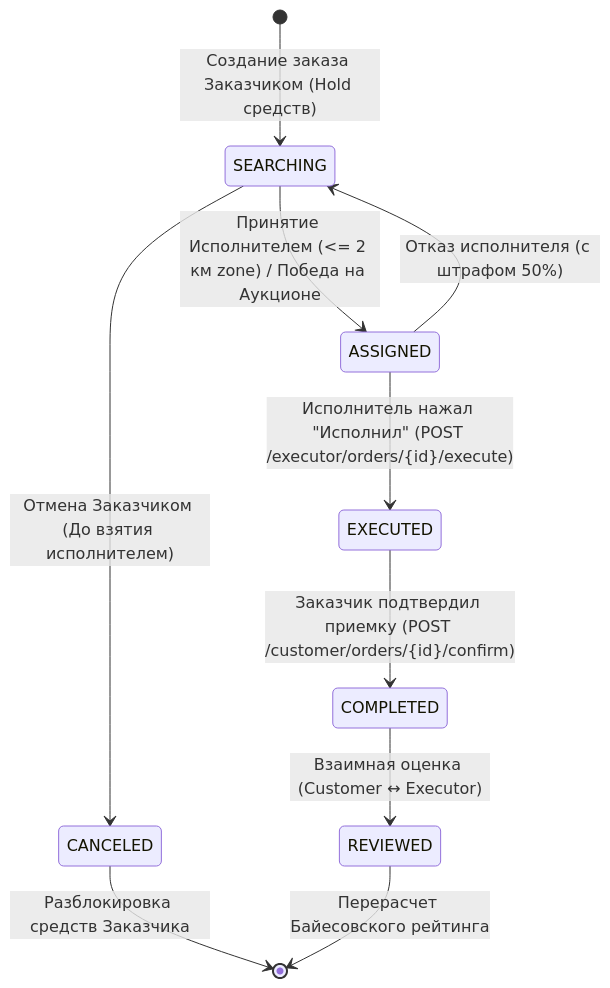
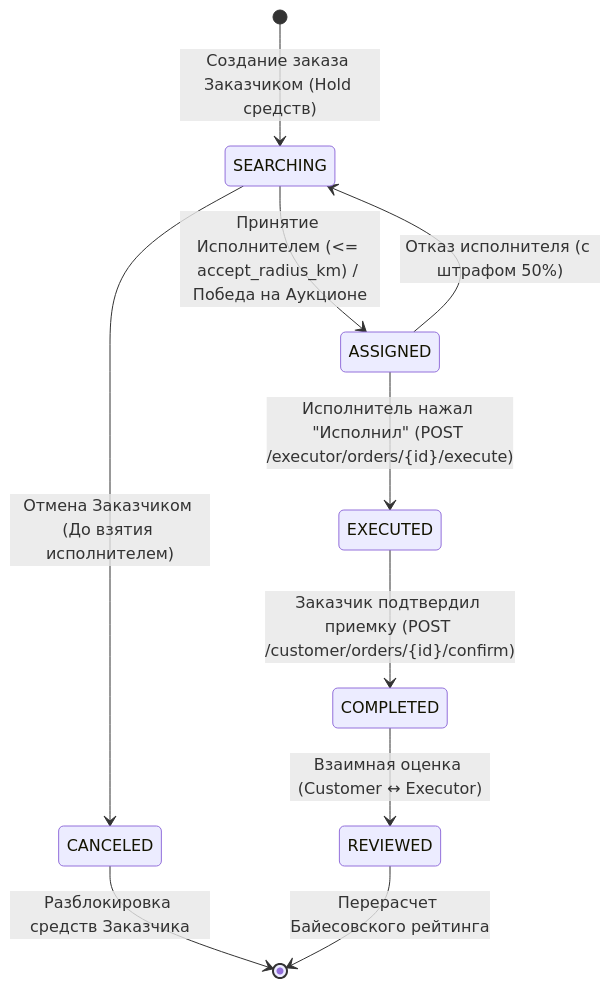
Before and after one commit to zubans/trash: the first of 2 diagrams in doc/rating_system_and_order_lifecycle.md, drawn with Mermaid. The commit also changed other lines of this file and 27 other files, not shown here.

````diff
--- a/doc/rating_system_and_order_lifecycle.md
+++ b/doc/rating_system_and_order_lifecycle.md
@@ -56,17 +57,17 @@
 ```mermaid
 stateDiagram-v2
     [*] --> SEARCHING: Создание заказа Заказчиком (Hold средств)
     
     SEARCHING --> CANCELED: Отмена Заказчиком (До взятия исполнителем)
-    SEARCHING --> ASSIGNED: Принятие Исполнителем (<= 2 км zone) / Победа на Аукционе
+    SEARCHING --> ASSIGNED: Принятие Исполнителем (<= accept_radius_km) / Победа на Аукционе
     
     ASSIGNED --> EXECUTED: Исполнитель нажал "Исполнил" (POST /executor/orders/{id}/execute)
     ASSIGNED --> SEARCHING: Отказ исполнителя (с штрафом 50%)
     
     EXECUTED --> COMPLETED: Заказчик подтвердил приемку (POST /customer/orders/{id}/confirm)
     
     COMPLETED --> REVIEWED: Взаимная оценка (Customer ↔ Executor)
     
     CANCELED --> [*]: Разблокировка средств Заказчика
     REVIEWED --> [*]: Перерасчет Байесовского рейтинга
 ```
````
